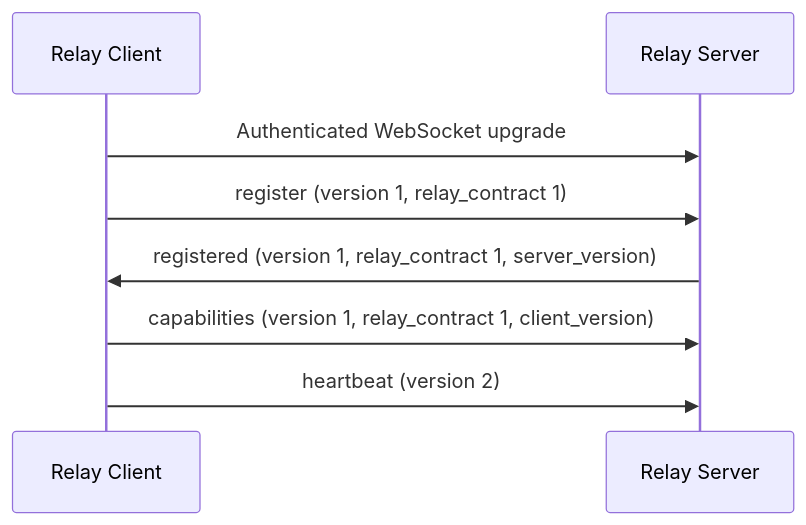
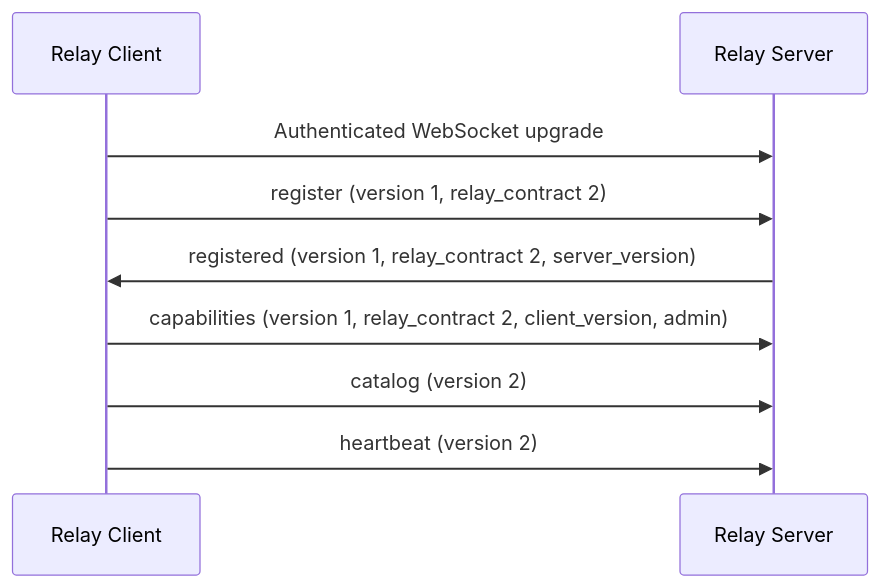
The diagram in docs/protocol.md (kxlion/mcp-relay), drawn with Mermaid before and after one commit. The commit also changed other lines of this file and 64 other files, not shown here.

````diff
--- a/docs/protocol.md
+++ b/docs/protocol.md
@@ -54,10 +54,11 @@
 ```mermaid
 sequenceDiagram
     participant C as Relay Client
     participant S as Relay Server
     C->>S: Authenticated WebSocket upgrade
-    C->>S: register (version 1, relay_contract 1)
-    S->>C: registered (version 1, relay_contract 1, server_version)
-    C->>S: capabilities (version 1, relay_contract 1, client_version)
+    C->>S: register (version 1, relay_contract 2)
+    S->>C: registered (version 1, relay_contract 2, server_version)
+    C->>S: capabilities (version 1, relay_contract 2, client_version, admin)
+    C->>S: catalog (version 2)
     C->>S: heartbeat (version 2)
 ```
````
